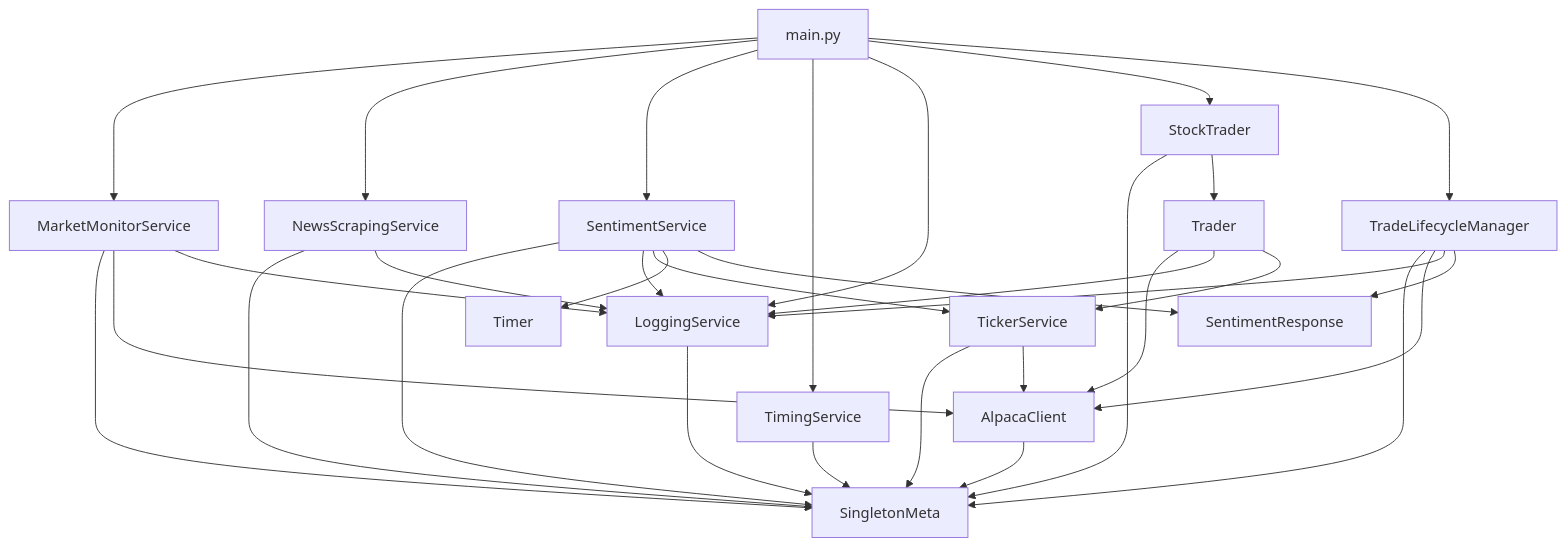
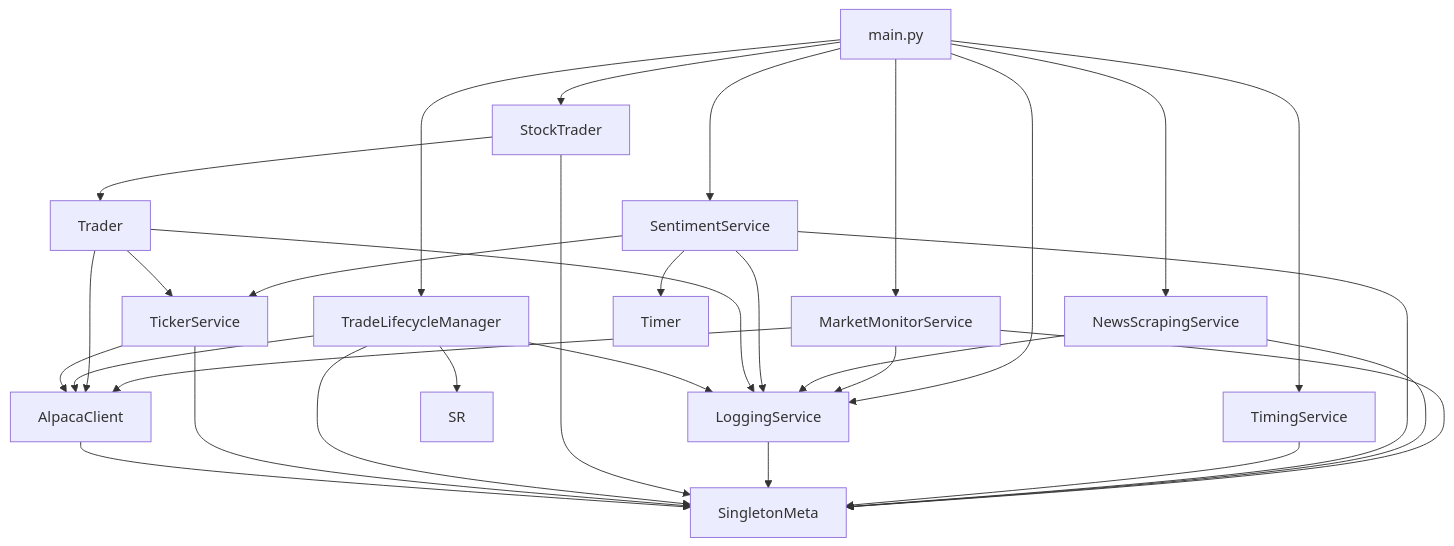
Before and after one commit to mschmidlin1/TrendLine: the second of 2 diagrams in README.md, drawn with Mermaid. The commit also changed other lines of this file and 85 other files, not shown here.

````diff
--- a/README.md
+++ b/README.md
@@ -208,42 +206,41 @@
 ```mermaid
 flowchart TD
     M["main.py"]
     M --> MMS[MarketMonitorService]
     M --> NSS[NewsScrapingService]
     M --> SS[SentimentService]
     M --> TSvc[TimingService]
     M --> LS[LoggingService]
     M --> ST[StockTrader]
     M --> TLC[TradeLifecycleManager]
 
     MMS --> SM[SingletonMeta]
     MMS --> AC[AlpacaClient]
     MMS --> LS
 
     NSS --> SM
     NSS --> LS
 
     SS --> SM
     SS --> LS
     SS --> TKS[TickerService]
     SS --> TI[Timer]
-    SS --> SR[SentimentResponse]
 
     TSvc --> SM
     LS --> SM
 
     ST --> SM
     ST --> TR[Trader]
     TR --> AC
     TR --> LS
     TR --> TKS
 
     TLC --> SM
     TLC --> AC
     TLC --> LS
     TLC --> SR
 
     TKS --> SM
     TKS --> AC
     AC --> SM
 ```
````
